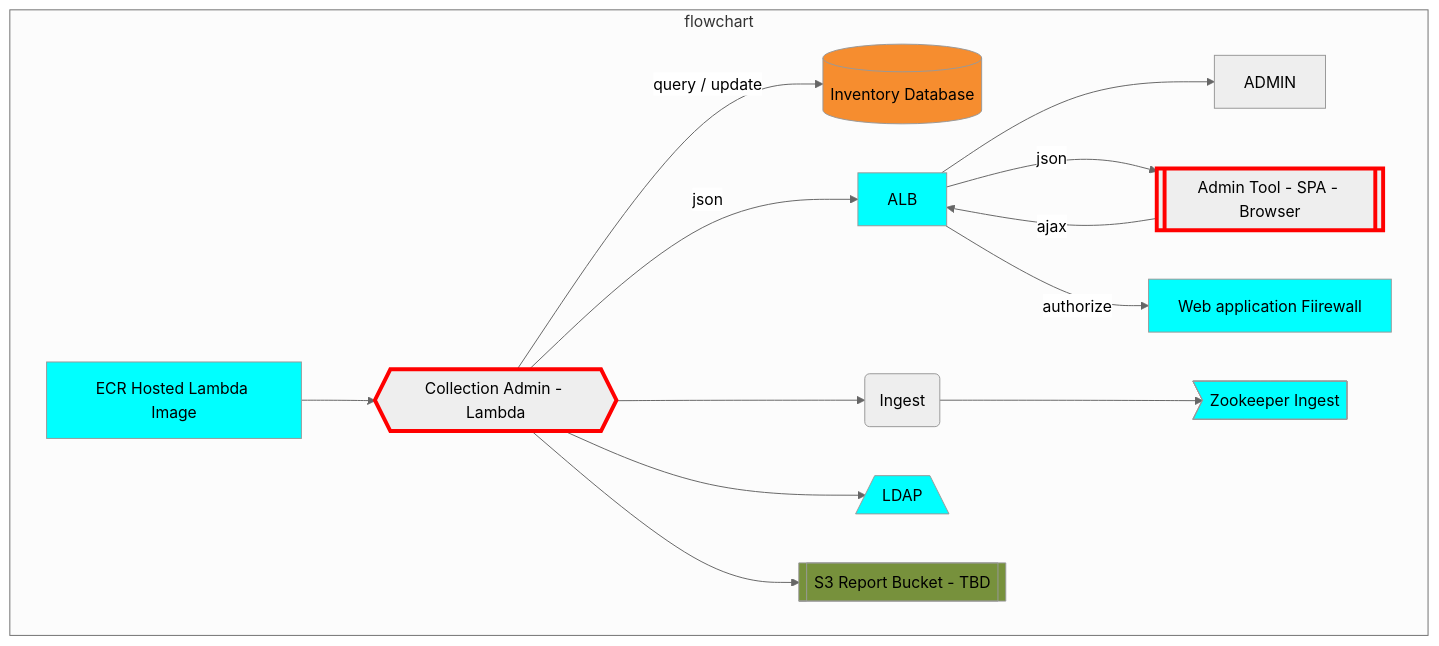
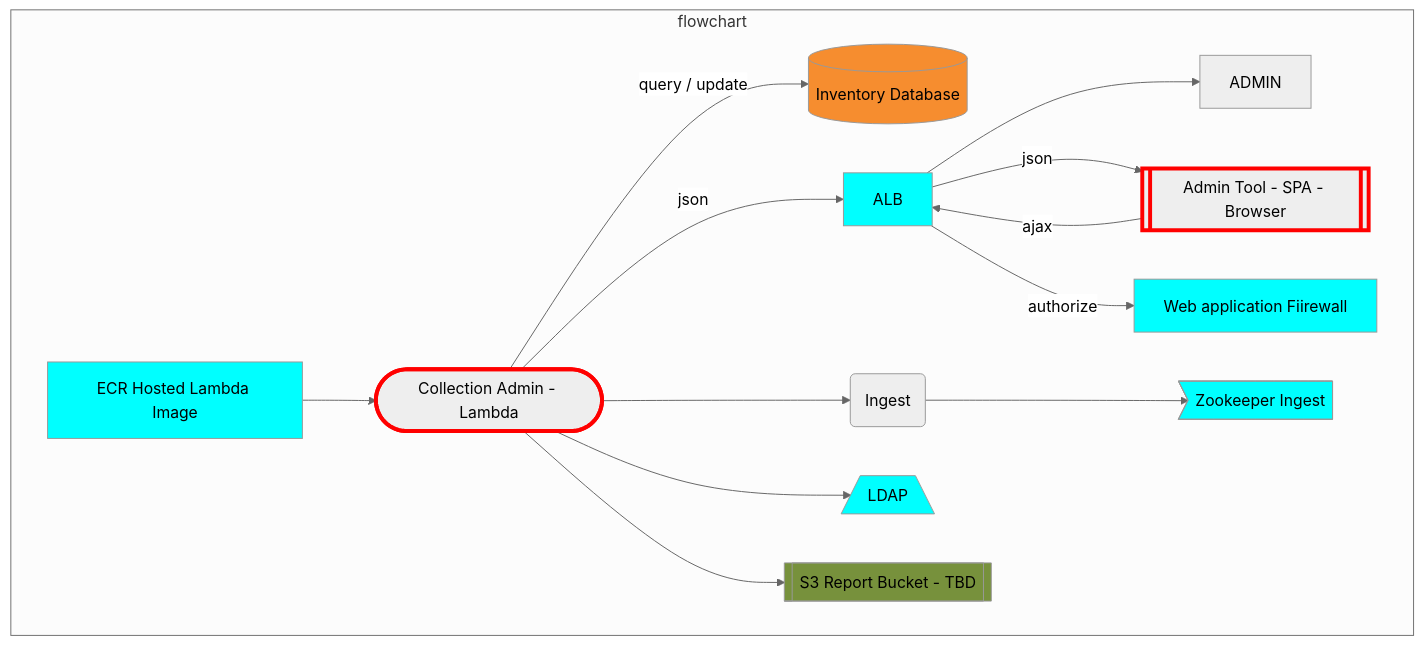
Before and after one commit to CDLUC3/mrt-doc: the diagram in diagrams/colladmin.mmd, drawn with Mermaid. The commit also changed 6 other files, not shown here.

```diff
--- a/diagrams/colladmin.mmd
+++ b/diagrams/colladmin.mmd
@@ -1,38 +1,38 @@
 %%{init: {'theme': 'neutral', 'securityLevel': 'loose'}}%%
 graph TD
   RDSINV[(Inventory Database)]
-  COLLADMIN{{Collection Admin - Lambda}}
+  COLLADMIN([Collection Admin - Lambda])
   click COLLADMIN href "https://github.com/CDLUC3/mrt-admin-lambda" "source code"
   ADMINWEB[[Admin Tool - SPA - Browser]]
   click ADMINWEB href "https://github.com/CDLUC3/mrt-admin-lambda" "source code"
   WAF[Web application Fiirewall]
   ECR[ECR Hosted Lambda Image]
   ING(Ingest)
   click ING href "https://github.com/CDLUC3/mrt-ingest" "source code"
   ZOOING>Zookeeper Ingest]
   LDAP[/LDAP\]
   S3RPT[[S3 Report Bucket - TBD]]
 
   subgraph flowchart
     COLLADMIN --> |"query / update"| RDSINV
     ALB --> ADMIN
     COLLADMIN --> |json| ALB
     ADMINWEB --> |ajax| ALB
     ALB --> |json| ADMINWEB
     ALB --> |authorize| WAF
     ECR --> COLLADMIN
     COLLADMIN --> ING
     COLLADMIN --> LDAP
     COLLADMIN --> S3RPT
     ING --> ZOOING
   end
   
   style RDSINV fill:#F68D2F
   style COLLADMIN stroke:red,stroke-width:4px
   style ADMINWEB stroke:red,stroke-width:4px
   style ALB fill:cyan
   style WAF fill:cyan
   style ECR fill:cyan
   style ZOOING fill:cyan
   style LDAP fill:cyan
   style S3RPT fill:#77913C
```
